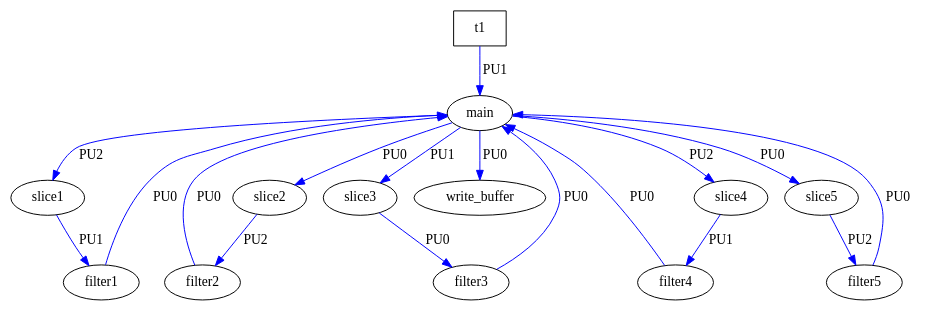
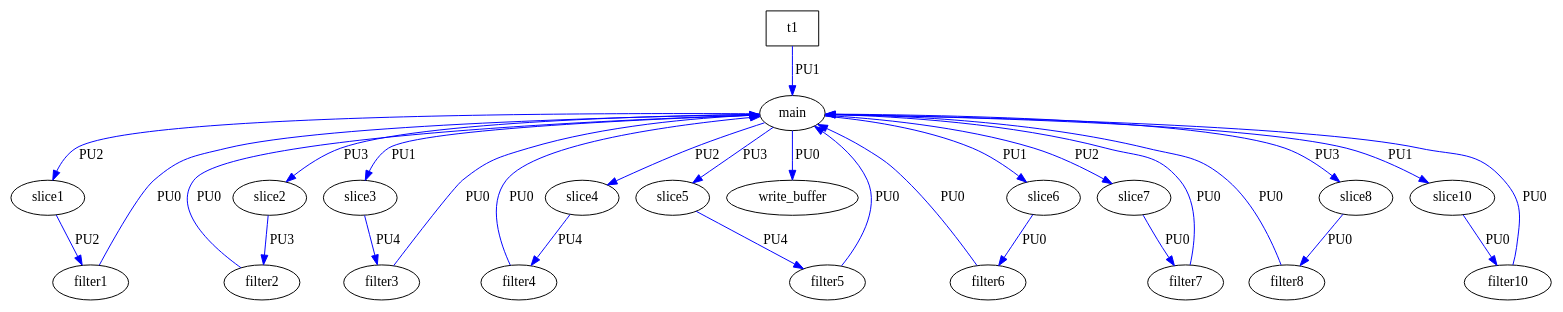
One commit to samujoaz/ArchiDSE changed the diagram in graph.dot. Above: the diagram before and after it, drawn with Graphviz. The commit also changed 58 other files, not shown here.

```diff
--- a/graph.dot
+++ b/graph.dot
@@ -1,33 +1,53 @@
 digraph my_graph {
   overlap = scale;
    main[label="main"];
    slice1[label="slice1"];
    slice2[label="slice2"];
    slice3[label="slice3"];
    slice4[label="slice4"];
    slice5[label="slice5"];
+   slice6[label="slice6"];
+   slice7[label="slice7"];
+   slice8[label="slice8"];
+   slice10[label="slice10"];
    filter1[label="filter1"];
    filter2[label="filter2"];
    filter3[label="filter3"];
    filter4[label="filter4"];
    filter5[label="filter5"];
+   filter6[label="filter6"];
+   filter7[label="filter7"];
+   filter8[label="filter8"];
+   filter10[label="filter10"];
    write_buffer[label="write_buffer"];
    t1[label="t1",shape=box ];
    t1 -> main[label="PU1", color=blue];
    main -> slice1[label="PU2", color=blue];
-   main -> slice2[label="PU0", color=blue];
+   main -> slice2[label="PU3", color=blue];
    main -> slice3[label="PU1", color=blue];
    main -> slice4[label="PU2", color=blue];
-   main -> slice5[label="PU0", color=blue];
-   slice1 -> filter1[label="PU1", color=blue];
-   slice2 -> filter2[label="PU2", color=blue];
-   slice3 -> filter3[label="PU0", color=blue];
-   slice4 -> filter4[label="PU1", color=blue];
-   slice5 -> filter5[label="PU2", color=blue];
+   main -> slice5[label="PU3", color=blue];
+   main -> slice6[label="PU1", color=blue];
+   main -> slice7[label="PU2", color=blue];
+   main -> slice8[label="PU3", color=blue];
+   main -> slice10[label="PU1", color=blue];
+   slice1 -> filter1[label="PU2", color=blue];
+   slice2 -> filter2[label="PU3", color=blue];
+   slice3 -> filter3[label="PU4", color=blue];
+   slice4 -> filter4[label="PU4", color=blue];
+   slice5 -> filter5[label="PU4", color=blue];
+   slice6 -> filter6[label="PU0", color=blue];
+   slice7 -> filter7[label="PU0", color=blue];
+   slice8 -> filter8[label="PU0", color=blue];
+   slice10 -> filter10[label="PU0", color=blue];
    filter1 -> main[label="PU0", color=blue];
    filter2 -> main[label="PU0", color=blue];
    filter3 -> main[label="PU0", color=blue];
    filter4 -> main[label="PU0", color=blue];
    filter5 -> main[label="PU0", color=blue];
+   filter6 -> main[label="PU0", color=blue];
+   filter7 -> main[label="PU0", color=blue];
+   filter8 -> main[label="PU0", color=blue];
+   filter10 -> main[label="PU0", color=blue];
    main -> write_buffer[label="PU0", color=blue];
 }
```
